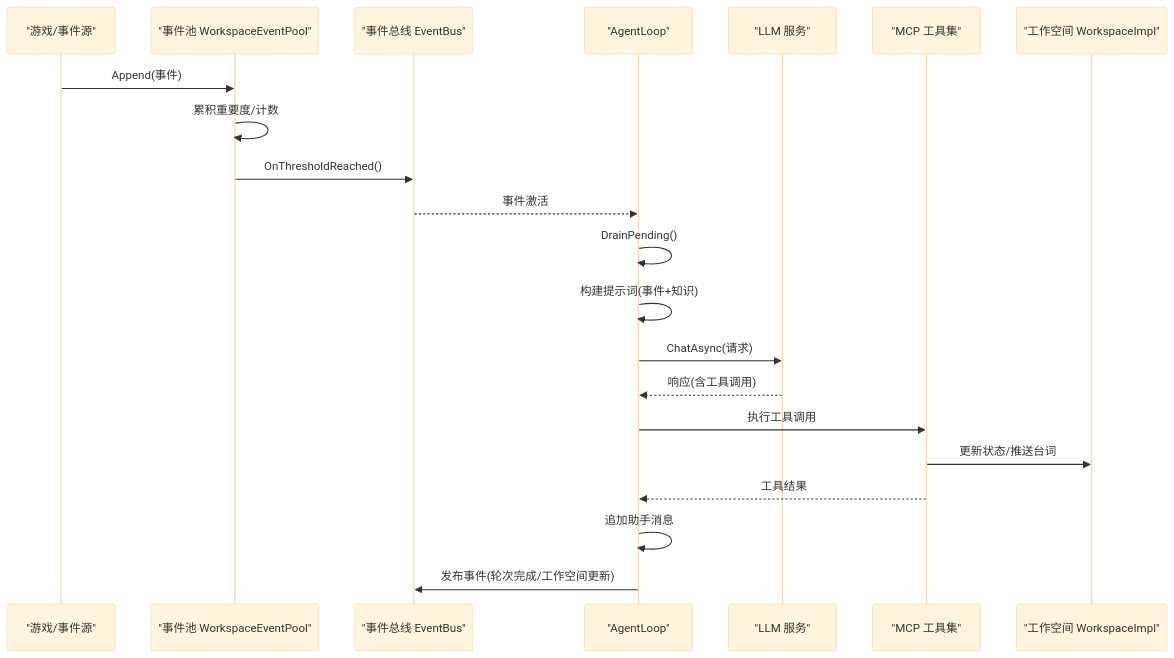
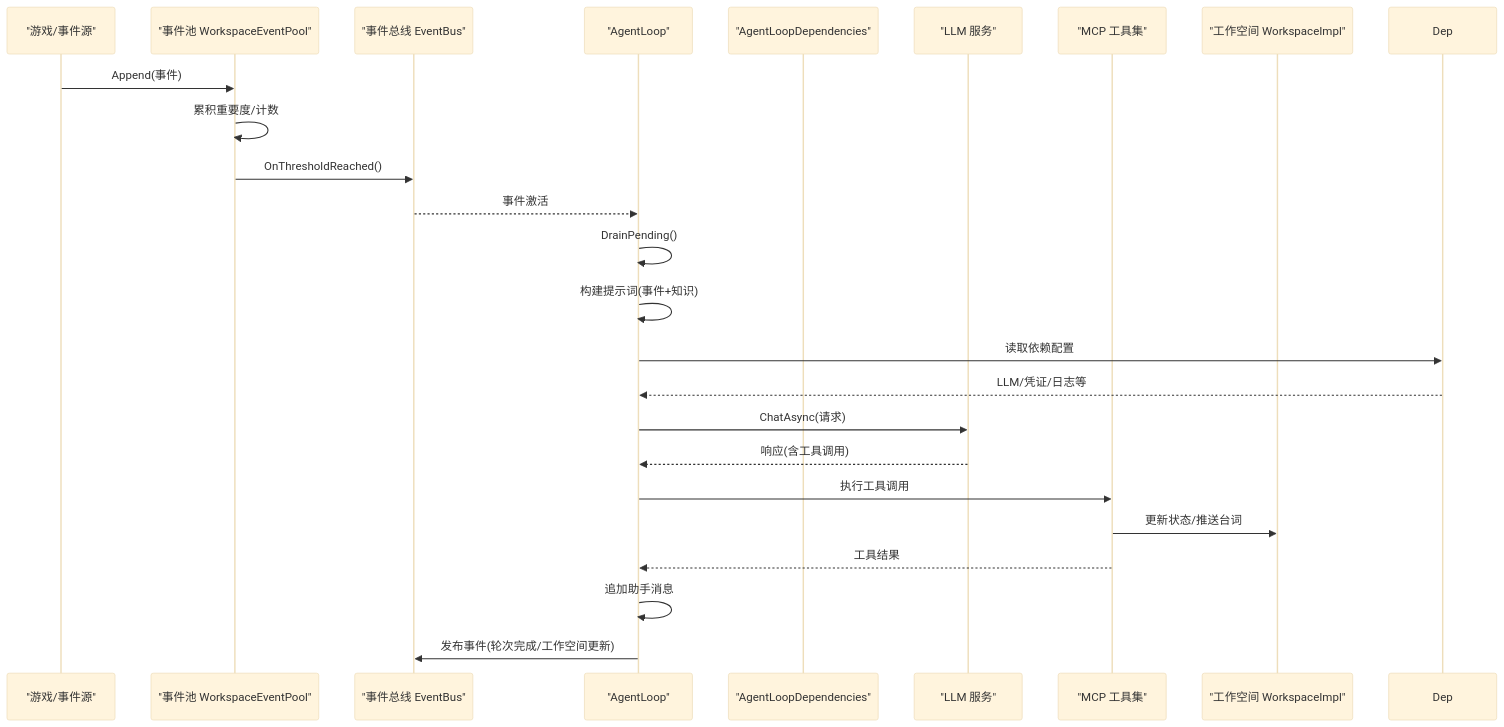
Before and after one commit to suzvka/NPCLife: the second of 8 diagrams in .qoder/repowiki/zh/content/多智能体系统/多智能体系统.md, drawn with Mermaid (base theme). The commit also changed other lines of this file and 28 other files, not shown here.

````diff
--- a/.qoder/repowiki/zh/content/多智能体系统/多智能体系统.md
+++ b/.qoder/repowiki/zh/content/多智能体系统/多智能体系统.md
@@ -117,23 +136,26 @@
 ```mermaid
 sequenceDiagram
 participant Game as "游戏/事件源"
 participant Pool as "事件池 WorkspaceEventPool"
 participant Bus as "事件总线 EventBus"
 participant Agent as "AgentLoop"
+participant Deps as "AgentLoopDependencies"
 participant LLM as "LLM 服务"
 participant Tools as "MCP 工具集"
 participant WS as "工作空间 WorkspaceImpl"
 Game->>Pool : Append(事件)
 Pool->>Pool : 累积重要度/计数
 Pool->>Bus : OnThresholdReached()
 Bus-->>Agent : 事件激活
 Agent->>Agent : DrainPending()
 Agent->>Agent : 构建提示词(事件+知识)
+Agent->>Dep : 读取依赖配置
+Dep-->>Agent : LLM/凭证/日志等
 Agent->>LLM : ChatAsync(请求)
 LLM-->>Agent : 响应(含工具调用)
 Agent->>Tools : 执行工具调用
 Tools->>WS : 更新状态/推送台词
 Tools-->>Agent : 工具结果
 Agent->>Agent : 追加助手消息
 Agent->>Bus : 发布事件(轮次完成/工作空间更新)
 ```
````
